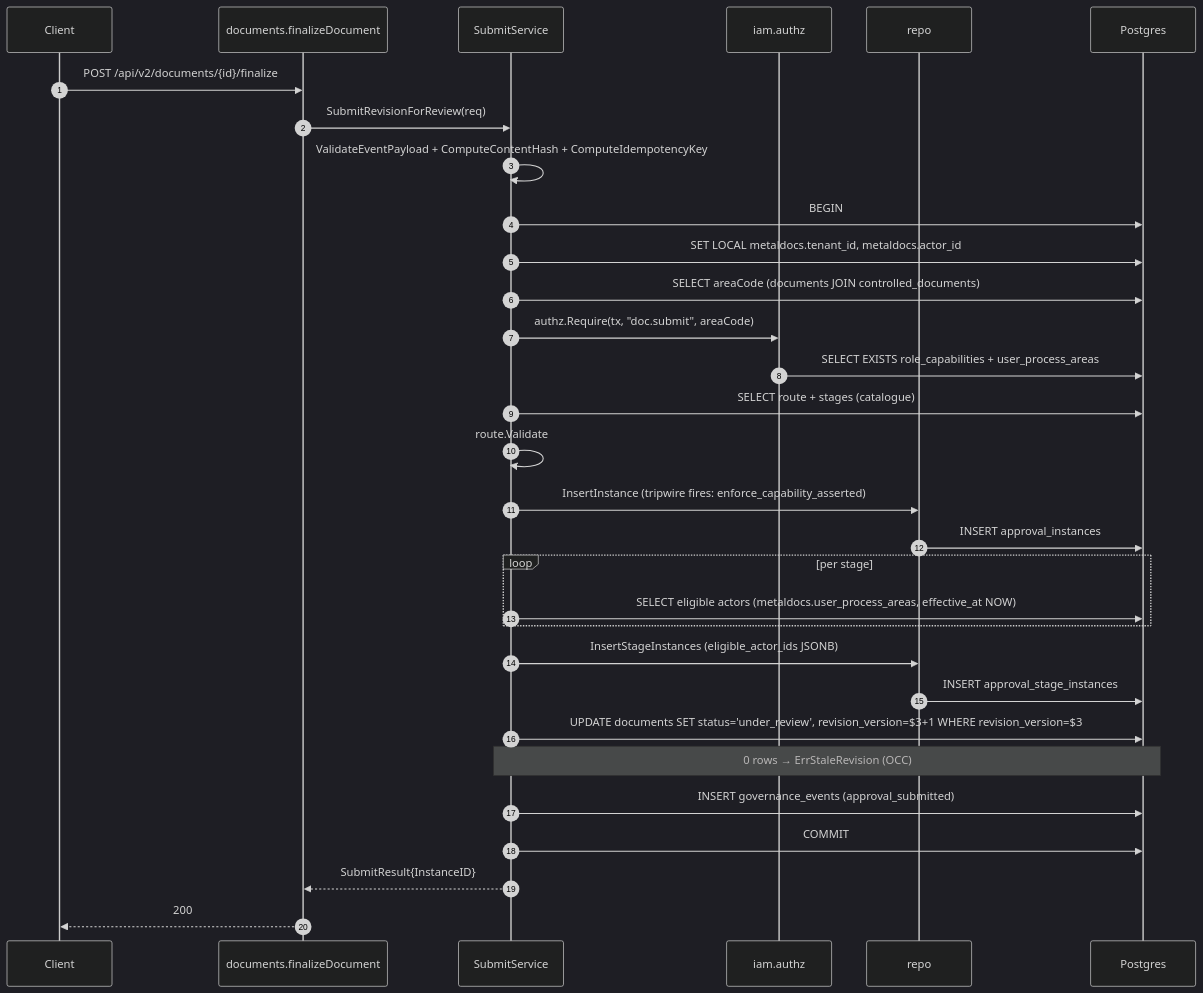
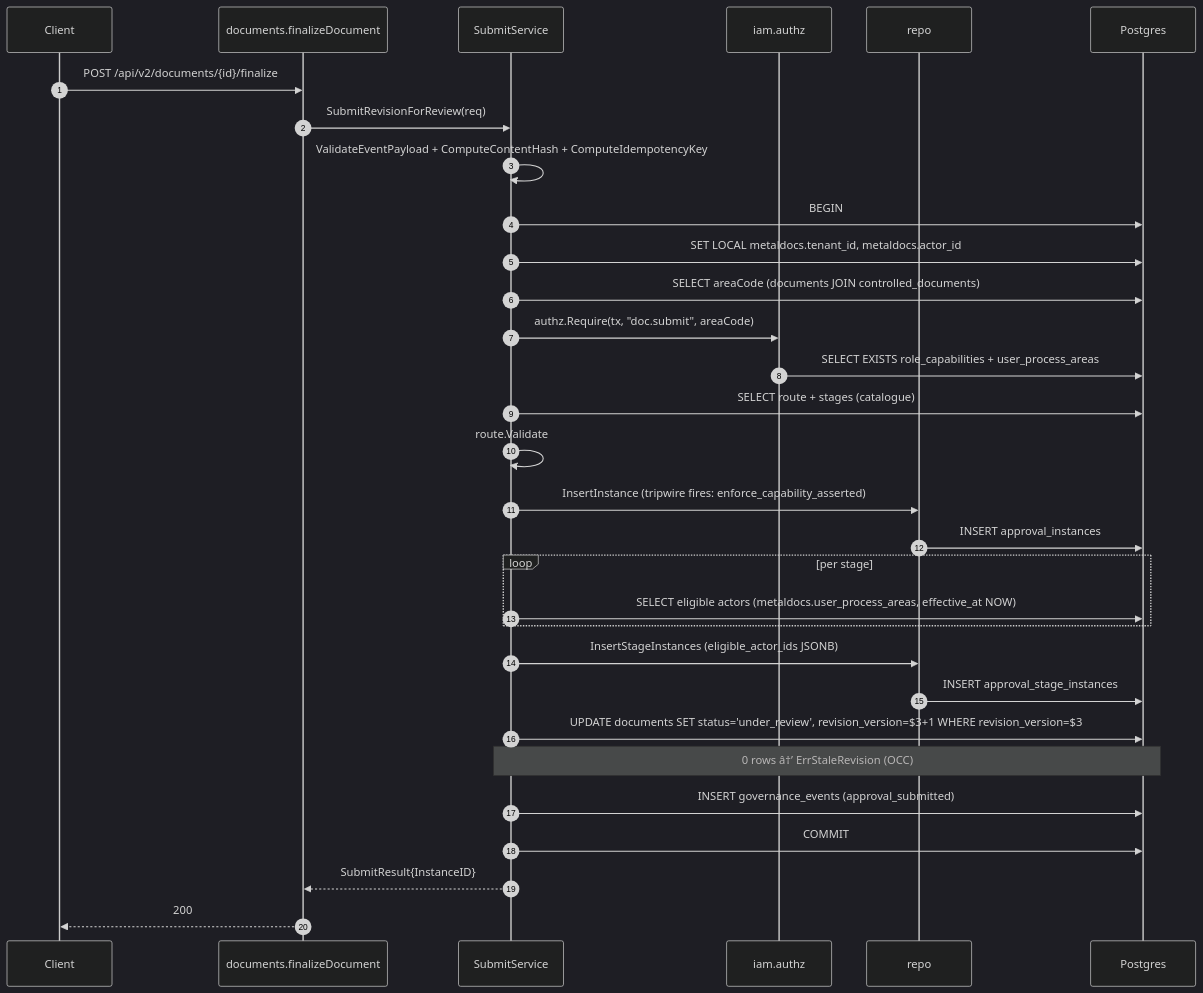
The third of 5 diagrams in wiki/modules/approval.md (developmentconexus-ops/MetalDocs), drawn with Mermaid (dark theme) before and after one commit. The commit also changed other lines of this file and 12 other files, not shown here.

````diff
--- a/wiki/modules/approval.md
+++ b/wiki/modules/approval.md
@@ -222,33 +222,33 @@
 ```mermaid
 sequenceDiagram
     autonumber
     participant C as Client
     participant H as documents.finalizeDocument
     participant S as SubmitService
     participant Z as iam.authz
     participant R as repo
     participant DB as Postgres
     C->>H: POST /api/v2/documents/{id}/finalize
     H->>S: SubmitRevisionForReview(req)
     S->>S: ValidateEventPayload + ComputeContentHash + ComputeIdempotencyKey
     S->>DB: BEGIN
     S->>DB: SET LOCAL metaldocs.tenant_id, metaldocs.actor_id
     S->>DB: SELECT areaCode (documents JOIN controlled_documents)
     S->>Z: authz.Require(tx, "doc.submit", areaCode)
     Z->>DB: SELECT EXISTS role_capabilities + user_process_areas
     S->>DB: SELECT route + stages (catalogue)
     S->>S: route.Validate
     S->>R: InsertInstance (tripwire fires: enforce_capability_asserted)
     R->>DB: INSERT approval_instances
     loop per stage
         S->>DB: SELECT eligible actors (metaldocs.user_process_areas, effective_at NOW)
     end
     S->>R: InsertStageInstances (eligible_actor_ids JSONB)
     R->>DB: INSERT approval_stage_instances
     S->>DB: UPDATE documents SET status='under_review', revision_version=$3+1 WHERE revision_version=$3
-    Note over S,DB: 0 rows → ErrStaleRevision (OCC)
+    Note over S,DB: 0 rows â†’ ErrStaleRevision (OCC)
     S->>DB: INSERT governance_events (approval_submitted)
     S->>DB: COMMIT
     S-->>H: SubmitResult{InstanceID}
     H-->>C: 200
 ```
````
